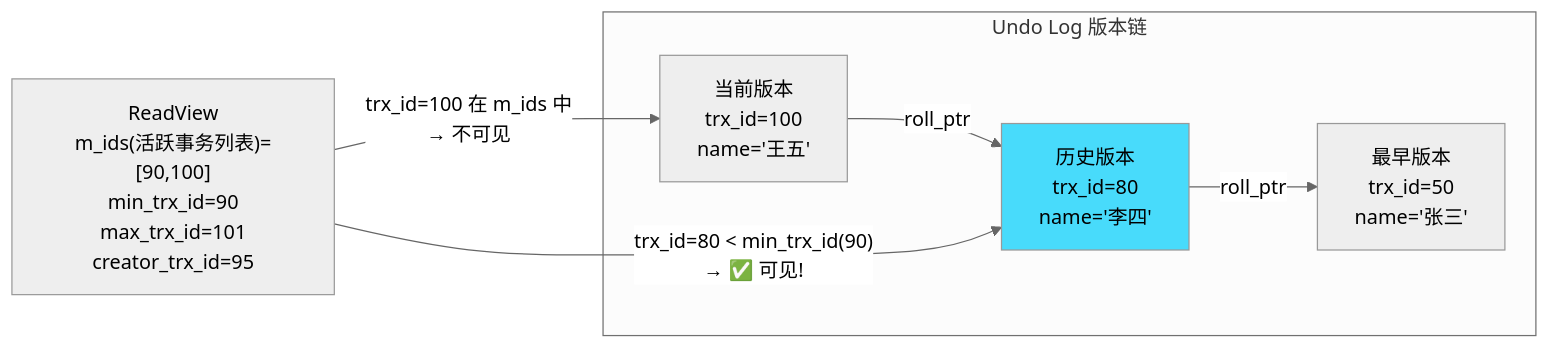
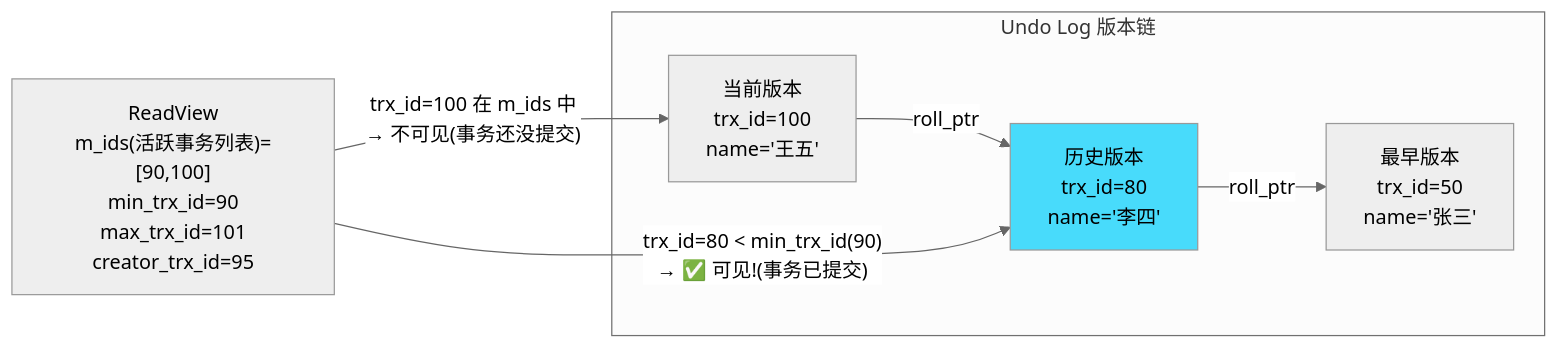
Diagram 28 of 34 in document/strengthen/性能调优面试总结_增强版.md (qigao0787-ops/gq-test), drawn with Mermaid (neutral theme) before and after one commit. The commit also changed other lines of this file, not shown here.

````diff
--- a/document/strengthen/性能调优面试总结_增强版.md
+++ b/document/strengthen/性能调优面试总结_增强版.md
@@ -1875,14 +2095,14 @@
 ```mermaid
 flowchart LR
     subgraph 版本链["Undo Log 版本链"]
         V3["当前版本<br/>trx_id=100<br/>name='王五'"] -->|roll_ptr| V2["历史版本<br/>trx_id=80<br/>name='李四'"]
         V2 -->|roll_ptr| V1["最早版本<br/>trx_id=50<br/>name='张三'"]
     end
 
     RV["ReadView<br/>m_ids(活跃事务列表)=[90,100]<br/>min_trx_id=90<br/>max_trx_id=101<br/>creator_trx_id=95"]
 
-    RV -->|"trx_id=100 在 m_ids 中<br/>→ 不可见"| V3
-    RV -->|"trx_id=80 < min_trx_id(90)<br/>→ ✅ 可见!"| V2
+    RV -->|"trx_id=100 在 m_ids 中<br/>→ 不可见(事务还没提交)"| V3
+    RV -->|"trx_id=80 < min_trx_id(90)<br/>→ ✅ 可见!(事务已提交)"| V2
 
     style V2 fill:#48dbfb
 ```
````
